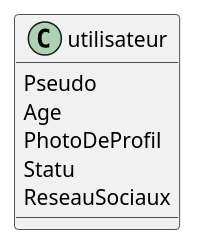
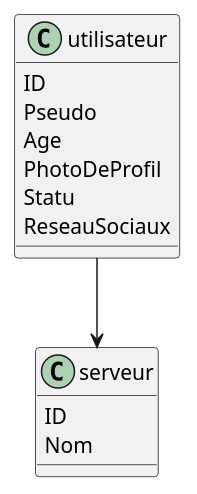
The diagram in discord.plantuml (IUT-Blagnac/bcoo-retro2021-bcoo-retro2021-g16), drawn with PlantUML before and after one commit.

```diff
--- a/discord.plantuml
+++ b/discord.plantuml
@@ -1,11 +1,18 @@
 
 class utilisateur {
+  ID
   Pseudo 
   Age 
   PhotoDeProfil
   Statu
   ReseauSociaux
 }
 
+class serveur {
+  ID
+  Nom
+}
 
+
+utilisateur --> serveur
 @enduml
```
